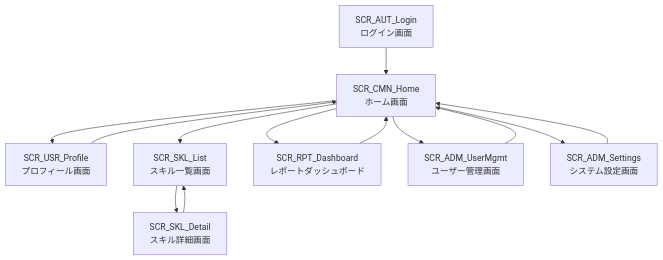
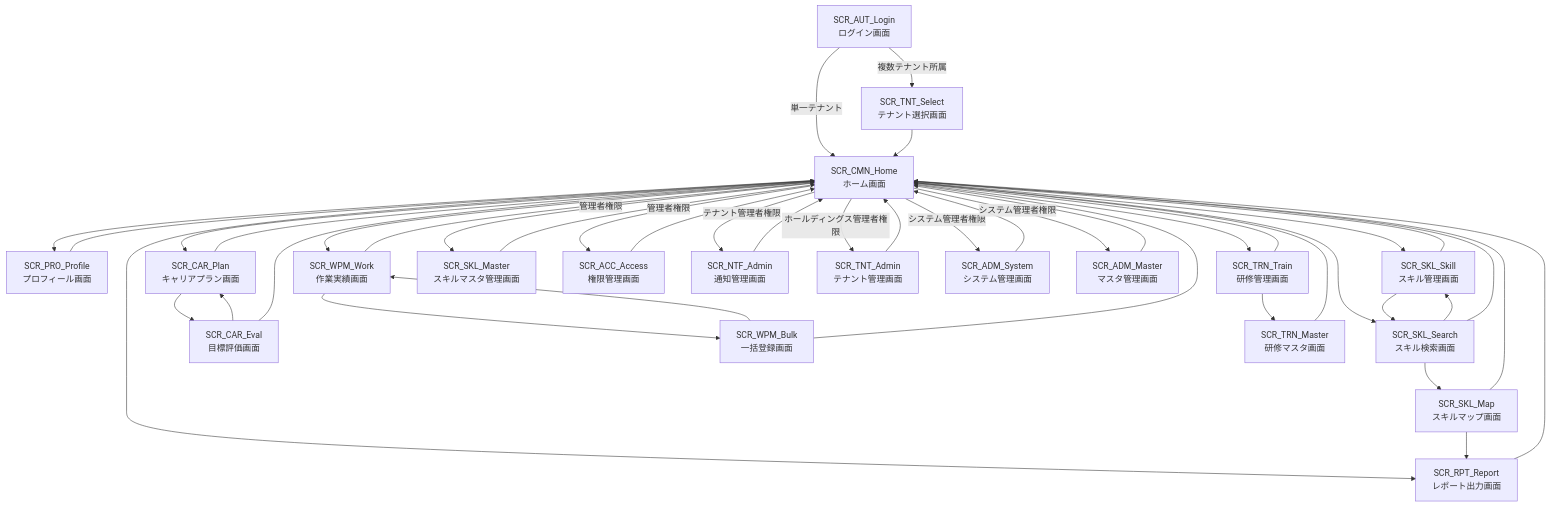
The diagram in docs/design/screens/画面一覧.md (sas-dx/skill-report-web), drawn with Mermaid before and after one commit. The commit also changed other lines of this file, not shown here.

````diff
--- a/docs/design/screens/画面一覧.md
+++ b/docs/design/screens/画面一覧.md
@@ -43,15 +80,62 @@
 ```mermaid
 graph TD
-    A[SCR_AUT_Login<br/>ログイン画面] --> B[SCR_CMN_Home<br/>ホーム画面]
-    B --> C[SCR_USR_Profile<br/>プロフィール画面]
-    B --> D[SCR_SKL_List<br/>スキル一覧画面]
-    B --> E[SCR_RPT_Dashboard<br/>レポートダッシュボード]
-    B --> F[SCR_ADM_UserMgmt<br/>ユーザー管理画面]
-    B --> G[SCR_ADM_Settings<br/>システム設定画面]
-    D --> H[SCR_SKL_Detail<br/>スキル詳細画面]
-    H --> D
-    C --> B
-    E --> B
-    F --> B
-    G --> B
+    %% マルチテナント認証フロー
+    A[SCR_AUT_Login<br/>ログイン画面] --> |複数テナント所属| TS[SCR_TNT_Select<br/>テナント選択画面]
+    A --> |単一テナント| H[SCR_CMN_Home<br/>ホーム画面]
+    TS --> H
+    
+    %% ホームからの主要画面遷移
+    H --> P[SCR_PRO_Profile<br/>プロフィール画面]
+    H --> S[SCR_SKL_Skill<br/>スキル管理画面]
+    H --> SS[SCR_SKL_Search<br/>スキル検索画面]
+    H --> CP[SCR_CAR_Plan<br/>キャリアプラン画面]
+    H --> W[SCR_WPM_Work<br/>作業実績画面]
+    H --> T[SCR_TRN_Train<br/>研修管理画面]
+    
+    %% スキル関連画面の遷移
+    S --> SS
+    SS --> S
+    SS --> SM[SCR_SKL_Map<br/>スキルマップ画面]
+    
+    %% キャリア関連画面の遷移
+    CP --> CE[SCR_CAR_Eval<br/>目標評価画面]
+    CE --> CP
+    
+    %% 作業実績関連画面の遷移
+    W --> WB[SCR_WPM_Bulk<br/>一括登録画面]
+    WB --> W
+    
+    %% 研修関連画面の遷移
+    T --> TM[SCR_TRN_Master<br/>研修マスタ画面]
+    
+    %% 管理者向け画面（権限に応じて表示）
+    H --> |管理者権限| SKM[SCR_SKL_Master<br/>スキルマスタ管理画面]
+    H --> |管理者権限| AC[SCR_ACC_Access<br/>権限管理画面]
+    H --> |テナント管理者権限| NA[SCR_NTF_Admin<br/>通知管理画面]
+    H --> |ホールディングス管理者権限| TA[SCR_TNT_Admin<br/>テナント管理画面]
+    H --> |システム管理者権限| AS[SCR_ADM_System<br/>システム管理画面]
+    H --> |システム管理者権限| AM[SCR_ADM_Master<br/>マスタ管理画面]
+    
+    %% レポート画面
+    H --> R[SCR_RPT_Report<br/>レポート出力画面]
+    SM --> R
+    
+    %% 戻り遷移
+    P --> H
+    S --> H
+    SS --> H
+    CP --> H
+    CE --> H
+    W --> H
+    WB --> H
+    T --> H
+    TM --> H
+    SKM --> H
+    SM --> H
+    R --> H
+    AC --> H
+    NA --> H
+    TA --> H
+    AS --> H
+    AM --> H
 ```
````
